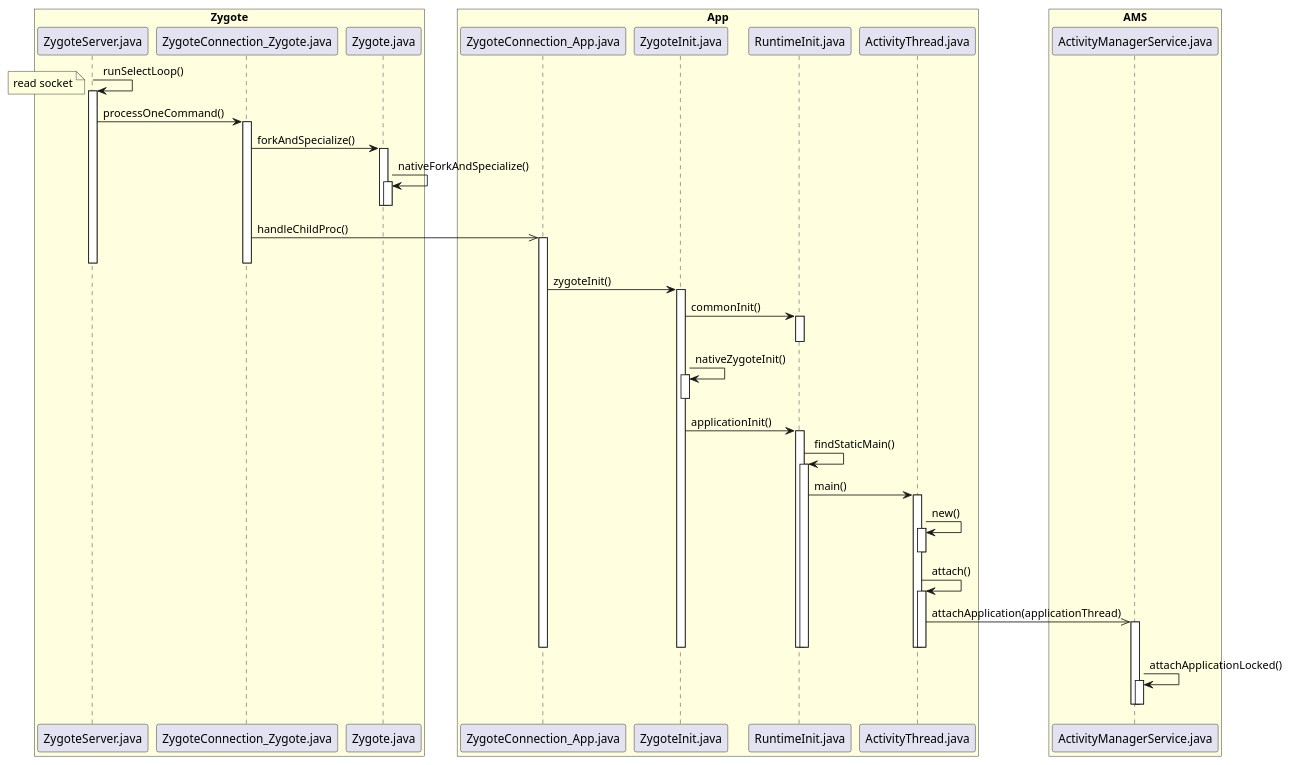
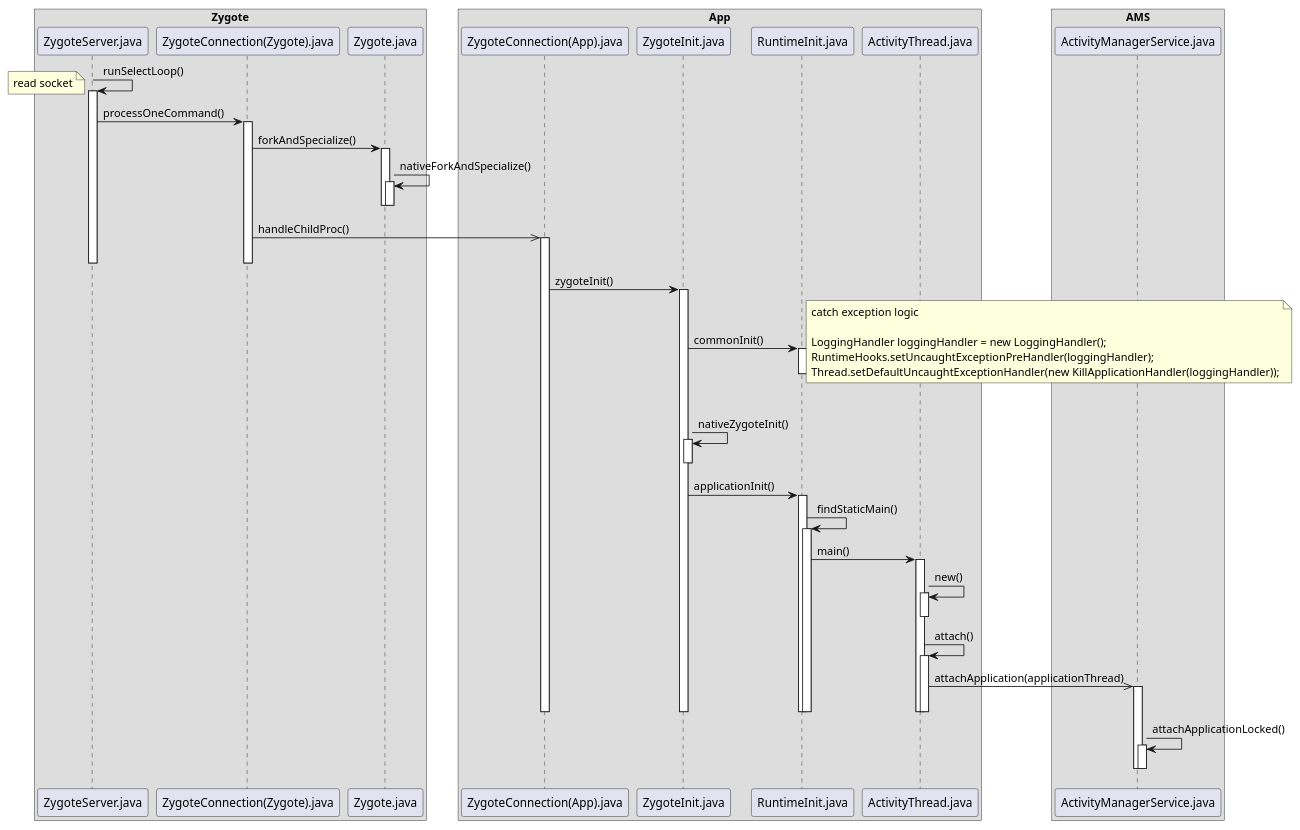
Before and after one commit to javalive09/UML: the diagram in android11/startactivity/StartActivity_5.0.0.0.puml, drawn with PlantUML. The commit also changed 52 other files, not shown here.

Commit message:
update uml

```diff
--- a/android11/startactivity/StartActivity_5.0.0.0.puml
+++ b/android11/startactivity/StartActivity_5.0.0.0.puml
@@ -1,68 +1,75 @@
 @startuml
 
-box "Zygote"  #LightYellow
+box "Zygote" 
 participant ZygoteServer.java
-participant ZygoteConnection_Zygote.java
+participant "ZygoteConnection(Zygote).java"
 participant Zygote.java
 end box
 
-box "App" #LightYellow
-participant ZygoteConnection_App.java
+box "App" 
+participant "ZygoteConnection(App).java"
 participant ZygoteInit.java
 participant RuntimeInit.java
 participant ActivityThread.java
 end box
 
-box "AMS"  #LightYellow
+box "AMS"
 participant ActivityManagerService.java
 end box
 
 ZygoteServer.java -> ZygoteServer.java:runSelectLoop()
 activate ZygoteServer.java
 note left: read socket
-ZygoteServer.java -> ZygoteConnection_Zygote.java:processOneCommand()
-activate ZygoteConnection_Zygote.java
-ZygoteConnection_Zygote.java -> Zygote.java:forkAndSpecialize()
+ZygoteServer.java -> "ZygoteConnection(Zygote).java":processOneCommand()
+activate "ZygoteConnection(Zygote).java"
+"ZygoteConnection(Zygote).java" -> Zygote.java:forkAndSpecialize()
 activate Zygote.java
 Zygote.java -> Zygote.java:nativeForkAndSpecialize()
 activate Zygote.java
 deactivate Zygote.java
 deactivate Zygote.java
-ZygoteConnection_Zygote.java ->> ZygoteConnection_App.java:handleChildProc()
-activate ZygoteConnection_App.java
-deactivate ZygoteConnection_Zygote.java
+"ZygoteConnection(Zygote).java" ->> "ZygoteConnection(App).java":handleChildProc()
+activate "ZygoteConnection(App).java"
+deactivate "ZygoteConnection(Zygote).java"
 deactivate ZygoteServer.java
-ZygoteConnection_App.java -> ZygoteInit.java:zygoteInit()
+"ZygoteConnection(App).java" -> ZygoteInit.java:zygoteInit()
 activate ZygoteInit.java
 ZygoteInit.java -> RuntimeInit.java:commonInit()
 activate RuntimeInit.java
 deactivate RuntimeInit.java
+note right
+        catch exception logic
+
+        LoggingHandler loggingHandler = new LoggingHandler();
+        RuntimeHooks.setUncaughtExceptionPreHandler(loggingHandler);
+        Thread.setDefaultUncaughtExceptionHandler(new KillApplicationHandler(loggingHandler));
+end note
 ZygoteInit.java -> ZygoteInit.java:nativeZygoteInit()
 activate ZygoteInit.java
 deactivate ZygoteInit.java
 ZygoteInit.java -> RuntimeInit.java:applicationInit()
 activate RuntimeInit.java
 RuntimeInit.java -> RuntimeInit.java:findStaticMain()
 activate RuntimeInit.java
 RuntimeInit.java -> ActivityThread.java:main()
 activate ActivityThread.java
 ActivityThread.java -> ActivityThread.java:new()
 activate ActivityThread.java
 deactivate ActivityThread.java
 ActivityThread.java -> ActivityThread.java:attach()
 activate ActivityThread.java
 ActivityThread.java ->> ActivityManagerService.java:attachApplication(applicationThread)
 activate ActivityManagerService.java
 deactivate ActivityThread.java
 deactivate ActivityThread.java
 deactivate ActivityThread.java
 deactivate ZygoteInit.java
 deactivate RuntimeInit.java
 deactivate RuntimeInit.java
-deactivate ZygoteConnection_App.java
+deactivate "ZygoteConnection(App).java"
 ActivityManagerService.java -> ActivityManagerService.java:attachApplicationLocked()
 activate ActivityManagerService.java
 deactivate ActivityManagerService.java
 deactivate ActivityManagerService.java
 
 @enduml
```
